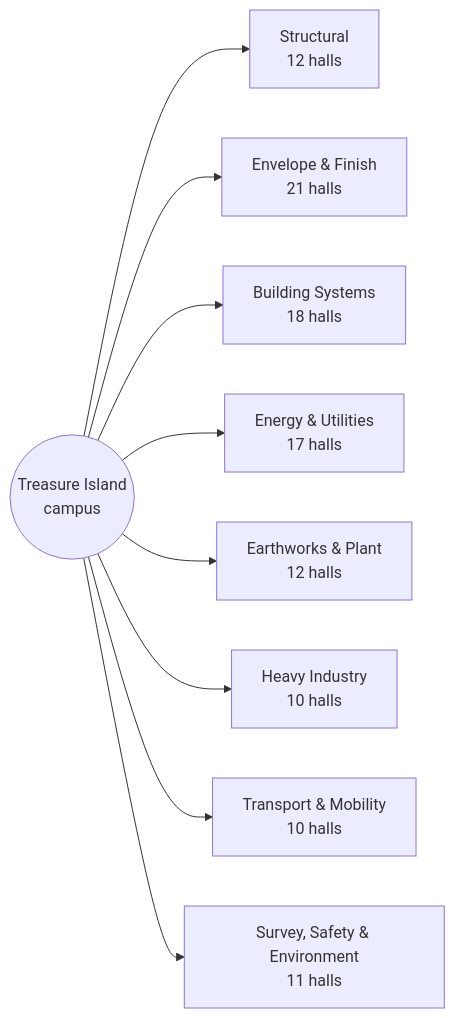
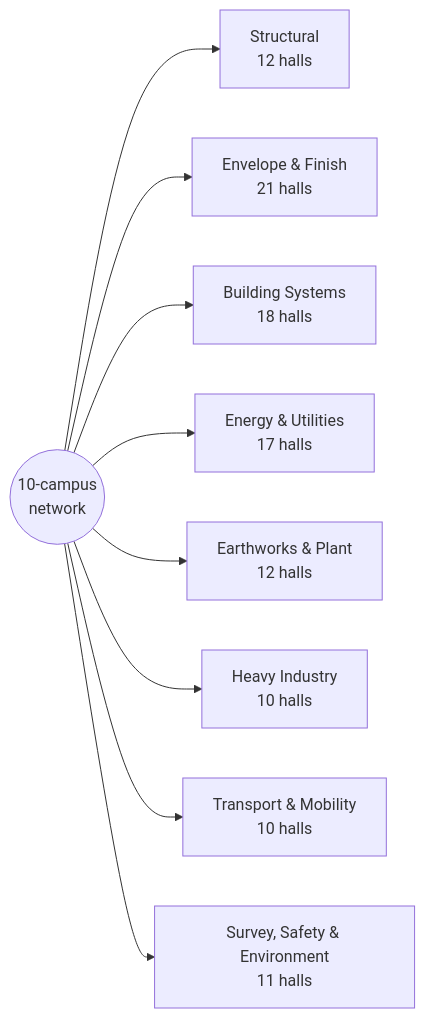
Before and after one commit to AGIFutureFoundation/SmartCiti.X: the diagram in wiki/Home.md, drawn with Mermaid. The commit also changed other lines of this file and 61 other files, not shown here.

````diff
--- a/wiki/Home.md
+++ b/wiki/Home.md
@@ -39,20 +41,20 @@
 ```mermaid
 flowchart LR
-  campus(("Treasure Island<br/>campus"))
+  campus(("10-campus<br/>network"))
   campus --> structural["Structural<br/>12 halls"]
   click structural "District-structural.md"
   campus --> envelope["Envelope & Finish<br/>21 halls"]
   click envelope "District-envelope.md"
   campus --> systems["Building Systems<br/>18 halls"]
   click systems "District-systems.md"
   campus --> energy["Energy & Utilities<br/>17 halls"]
   click energy "District-energy.md"
   campus --> earthworks["Earthworks & Plant<br/>12 halls"]
   click earthworks "District-earthworks.md"
   campus --> industry["Heavy Industry<br/>10 halls"]
   click industry "District-industry.md"
   campus --> transport["Transport & Mobility<br/>10 halls"]
   click transport "District-transport.md"
   campus --> control["Survey, Safety & Environment<br/>11 halls"]
   click control "District-control.md"
 ```
````
